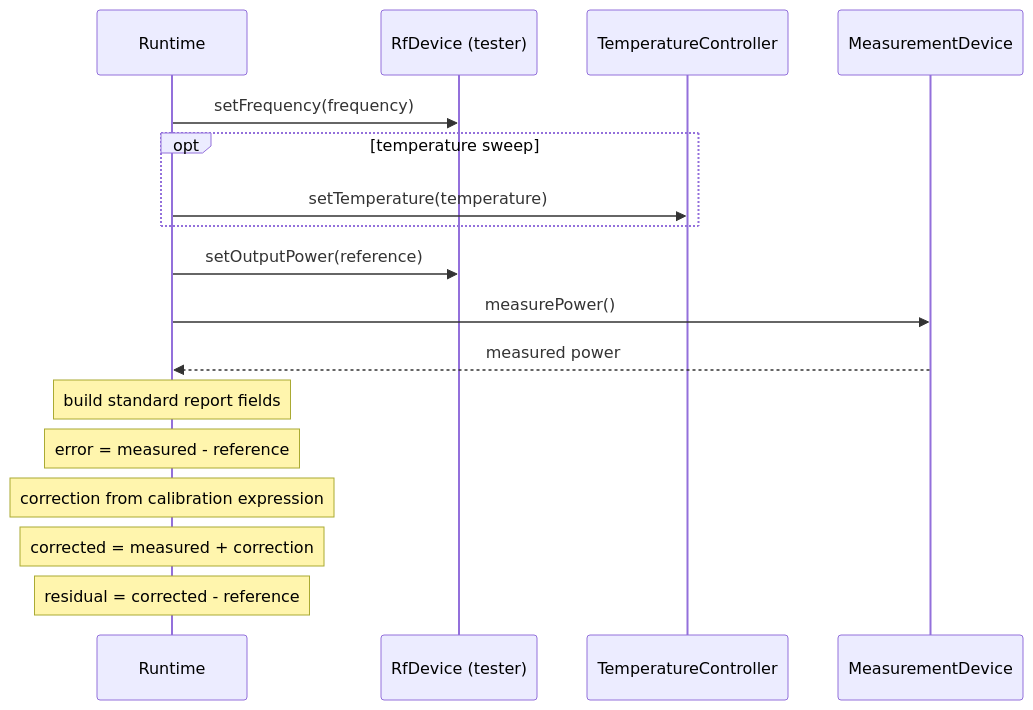
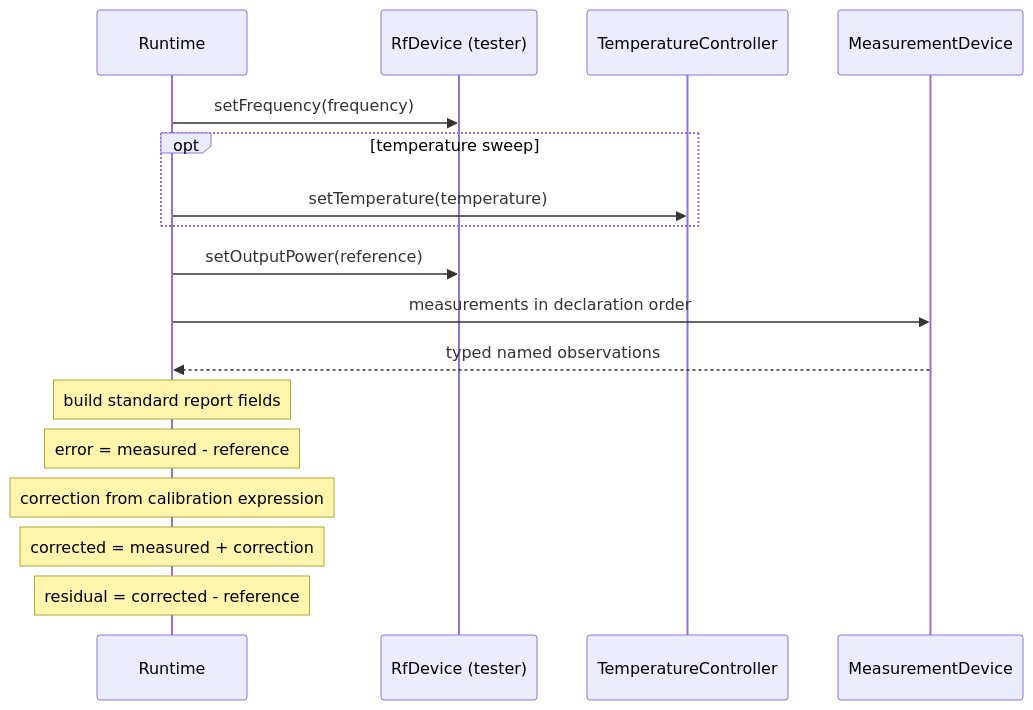
The fourth of 4 diagrams in docs/architecture.md (sergiorf/HorusRF), drawn with Mermaid before and after one commit. The commit also changed other lines of this file and 37 other files, not shown here.

````diff
--- a/docs/architecture.md
+++ b/docs/architecture.md
@@ -244,19 +246,19 @@
 ```mermaid
 sequenceDiagram
     participant R as Runtime
     participant T as RfDevice (tester)
     participant E as TemperatureController
     participant M as MeasurementDevice
     R->>T: setFrequency(frequency)
     opt temperature sweep
         R->>E: setTemperature(temperature)
     end
     R->>T: setOutputPower(reference)
-    R->>M: measurePower()
-    M-->>R: measured power
+    R->>M: measurements in declaration order
+    M-->>R: typed named observations
     Note over R: build standard report fields
     Note over R: error = measured - reference
     Note over R: correction from calibration expression
     Note over R: corrected = measured + correction
     Note over R: residual = corrected - reference
 ```
````
